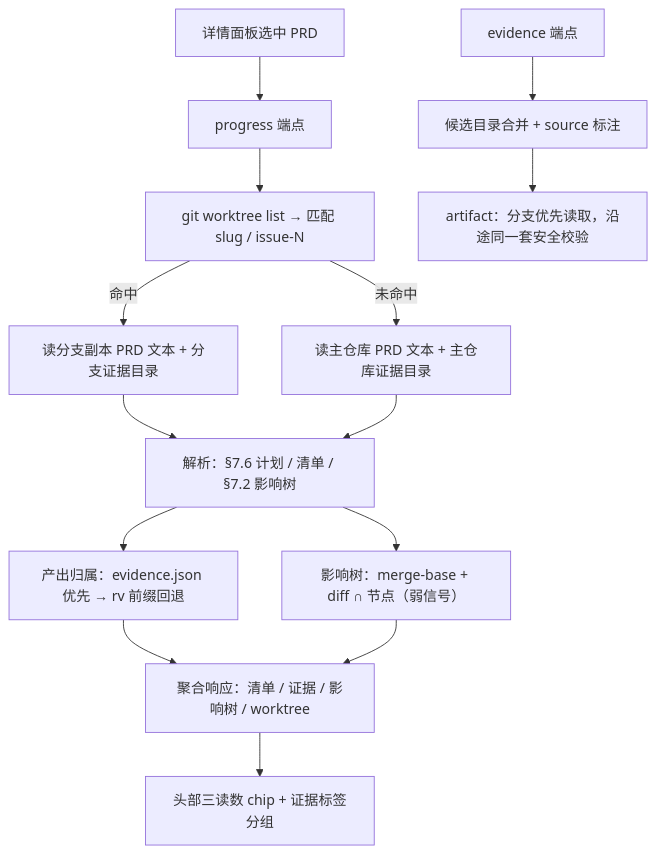
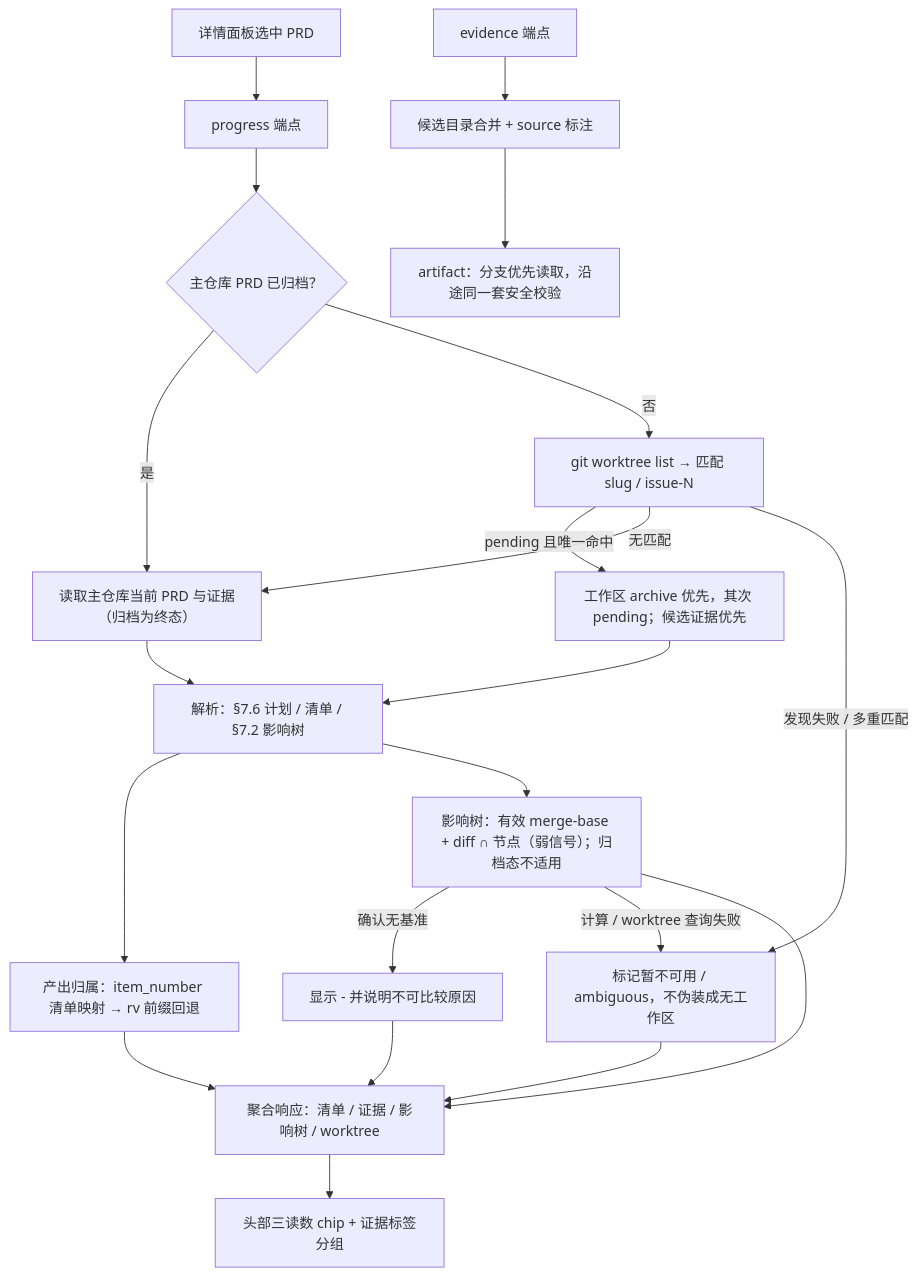
The diagram in tasks/pending/P1-FEAT-20261010-093054-console-prd-progress-signals.md (ZataZhang/keda), drawn with Mermaid before and after one commit. The commit also changed other lines of this file, not shown here.

First line of the commit message:
docs(prd): clarify progress signal acceptance contract

````diff
--- a/tasks/pending/P1-FEAT-20261010-093054-console-prd-progress-signals.md
+++ b/tasks/pending/P1-FEAT-20261010-093054-console-prd-progress-signals.md
@@ -334,16 +349,23 @@
 ```mermaid
 flowchart TD
     A["详情面板选中 PRD"] --> B["progress 端点"]
-    B --> C["git worktree list → 匹配 slug / issue-N"]
-    C -- 命中 --> D["读分支副本 PRD 文本 + 分支证据目录"]
-    C -- 未命中 --> E["读主仓库 PRD 文本 + 主仓库证据目录"]
+    B --> Z{"主仓库 PRD 已归档？"}
+    Z -- 是 --> E["读取主仓库当前 PRD 与证据（归档为终态）"]
+    Z -- 否 --> C["git worktree list → 匹配 slug / issue-N"]
+    C -- "pending 且唯一命中" --> D["工作区 archive 优先，其次 pending；候选证据优先"]
+    C -- "无匹配" --> E
+    C -- "发现失败 / 多重匹配" --> X["标记暂不可用 / ambiguous，不伪装成无工作区"]
     D --> F["解析：§7.6 计划 / 清单 / §7.2 影响树"]
     E --> F
-    F --> G["产出归属：evidence.json 优先 → rv 前缀回退"]
-    F --> H["影响树：merge-base + diff ∩ 节点（弱信号）"]
+    F --> G["产出归属：item_number 清单映射 → rv 前缀回退"]
+    F --> H["影响树：有效 merge-base + diff ∩ 节点（弱信号）；归档态不适用"]
+    H -- "确认无基准" --> U["显示 - 并说明不可比较原因"]
+    H -- "计算 / worktree 查询失败" --> X
     G --> I["聚合响应：清单 / 证据 / 影响树 / worktree"]
     H --> I
+    X --> I
+    U --> I
     I --> J["头部三读数 chip + 证据标签分组"]
     K["evidence 端点"] --> L["候选目录合并 + source 标注"]
     L --> M["artifact：分支优先读取，沿途同一套安全校验"]
 ```
````
